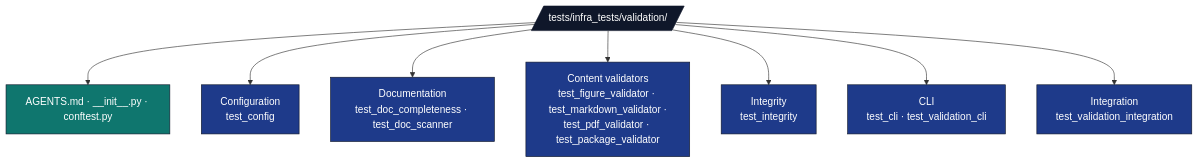
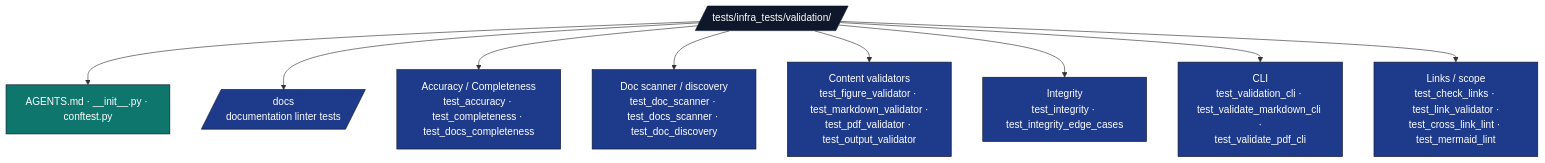
One commit to docxology/template changed the diagram in tests/infra_tests/validation/AGENTS.md. Above: the diagram before and after it, drawn with Mermaid. The commit also changed other lines of this file and 952 other files, not shown here.

````diff
--- a/tests/infra_tests/validation/AGENTS.md
+++ b/tests/infra_tests/validation/AGENTS.md
@@ -9,18 +9,19 @@
 ```mermaid
 flowchart TB
     T[/tests/infra_tests/validation//]
     T --> META[AGENTS.md · __init__.py · conftest.py]
-    T --> CFG[Configuration<br/>test_config]
-    T --> DOC[Documentation<br/>test_doc_completeness · test_doc_scanner]
-    T --> CONTENT[Content validators<br/>test_figure_validator · test_markdown_validator ·<br/>test_pdf_validator · test_package_validator]
-    T --> INT[Integrity<br/>test_integrity]
-    T --> CLI[CLI<br/>test_cli · test_validation_cli]
-    T --> INTEG[Integration<br/>test_validation_integration]
+    T --> DOCS_DIR[/docs<br/>documentation linter tests/]
+    T --> CFG[Accuracy / Completeness<br/>test_accuracy · test_completeness · test_docs_completeness]
+    T --> DOC[Doc scanner / discovery<br/>test_doc_scanner · test_docs_scanner · test_doc_discovery]
+    T --> CONTENT[Content validators<br/>test_figure_validator · test_markdown_validator ·<br/>test_pdf_validator · test_output_validator]
+    T --> INT[Integrity<br/>test_integrity · test_integrity_edge_cases]
+    T --> CLI[CLI<br/>test_validation_cli · test_validate_markdown_cli ·<br/>test_validate_pdf_cli]
+    T --> INTEG[Links / scope<br/>test_check_links · test_link_validator ·<br/>test_cross_link_lint · test_mermaid_lint]
 
     classDef d fill:#0f172a,stroke:#0f172a,color:#fff
     classDef cat fill:#1e3a8a,stroke:#0f172a,color:#fff
     classDef doc fill:#0f766e,stroke:#0f172a,color:#fff
     class T d
-    class CFG,DOC,CONTENT,INT,CLI,INTEG cat
+    class CFG,DOC,CONTENT,INT,CLI,INTEG,DOCS_DIR cat
     class META doc
 ```
````
